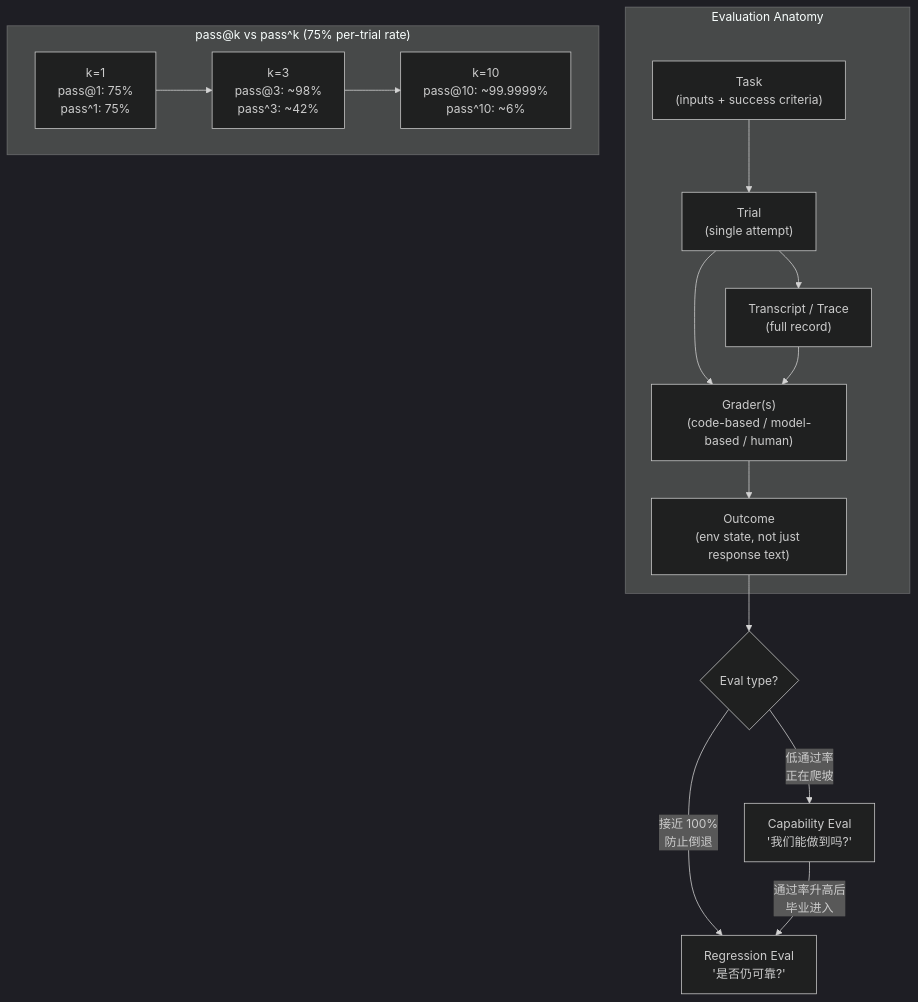
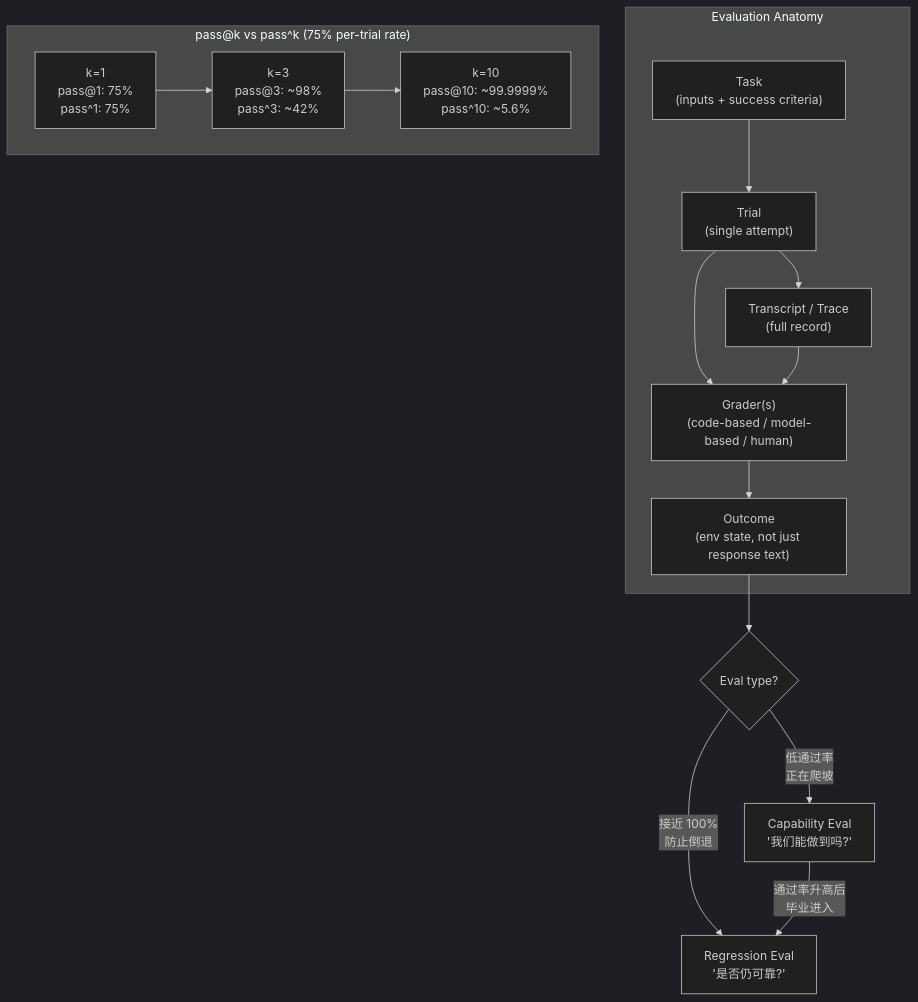
Before and after one commit to Jin-Fang/Agentic-AI-Study: the diagram in agent-harness-zh/09-evaluation.md, drawn with Mermaid (dark theme). The commit also changed 29 other files, not shown here.

````diff
--- a/agent-harness-zh/09-evaluation.md
+++ b/agent-harness-zh/09-evaluation.md
@@ -89,23 +89,23 @@
 ```mermaid
 flowchart TD
     subgraph ANATOMY["Evaluation Anatomy"]
-        TASK["Task\n(inputs + success criteria)"] --> TRIAL["Trial\n(single attempt)"]
-        TRIAL --> GRADER["Grader(s)\n(code-based / model-based / human)"]
-        GRADER --> OUTCOME["Outcome\n(env state, not just response text)"]
-        TRIAL --> TRANSCRIPT["Transcript / Trace\n(full record)"]
+        TASK["Task<br/>(inputs + success criteria)"] --> TRIAL["Trial<br/>(single attempt)"]
+        TRIAL --> GRADER["Grader(s)<br/>(code-based / model-based / human)"]
+        GRADER --> OUTCOME["Outcome<br/>(env state, not just response text)"]
+        TRIAL --> TRANSCRIPT["Transcript / Trace<br/>(full record)"]
         TRANSCRIPT --> GRADER
     end
 
     subgraph METRICS["pass@k vs pass^k  (75% per-trial rate)"]
         direction LR
-        K1["k=1\npass@1: 75%\npass^1: 75%"]
-        K3["k=3\npass@3: ~98%\npass^3: ~42%"]
-        K10["k=10\npass@10: ~99.9999%\npass^10: ~6%"]
+        K1["k=1<br/>pass@1: 75%<br/>pass^1: 75%"]
+        K3["k=3<br/>pass@3: ~98%<br/>pass^3: ~42%"]
+        K10["k=10<br/>pass@10: ~99.9999%<br/>pass^10: ~5.6%"]
         K1 --> K3 --> K10
     end
 
     OUTCOME --> CAPVREGG{Eval type?}
-    CAPVREGG -->|"低通过率\n正在爬坡"| CAP["Capability Eval\n'我们能做到吗?'"]
-    CAPVREGG -->|"接近 100%\n防止倒退"| REG["Regression Eval\n'是否仍可靠?'"]
-    CAP -->|"通过率升高后\n毕业进入"| REG
+    CAPVREGG -->|"低通过率<br/>正在爬坡"| CAP["Capability Eval<br/>'我们能做到吗?'"]
+    CAPVREGG -->|"接近 100%<br/>防止倒退"| REG["Regression Eval<br/>'是否仍可靠?'"]
+    CAP -->|"通过率升高后<br/>毕业进入"| REG
 ```
````
